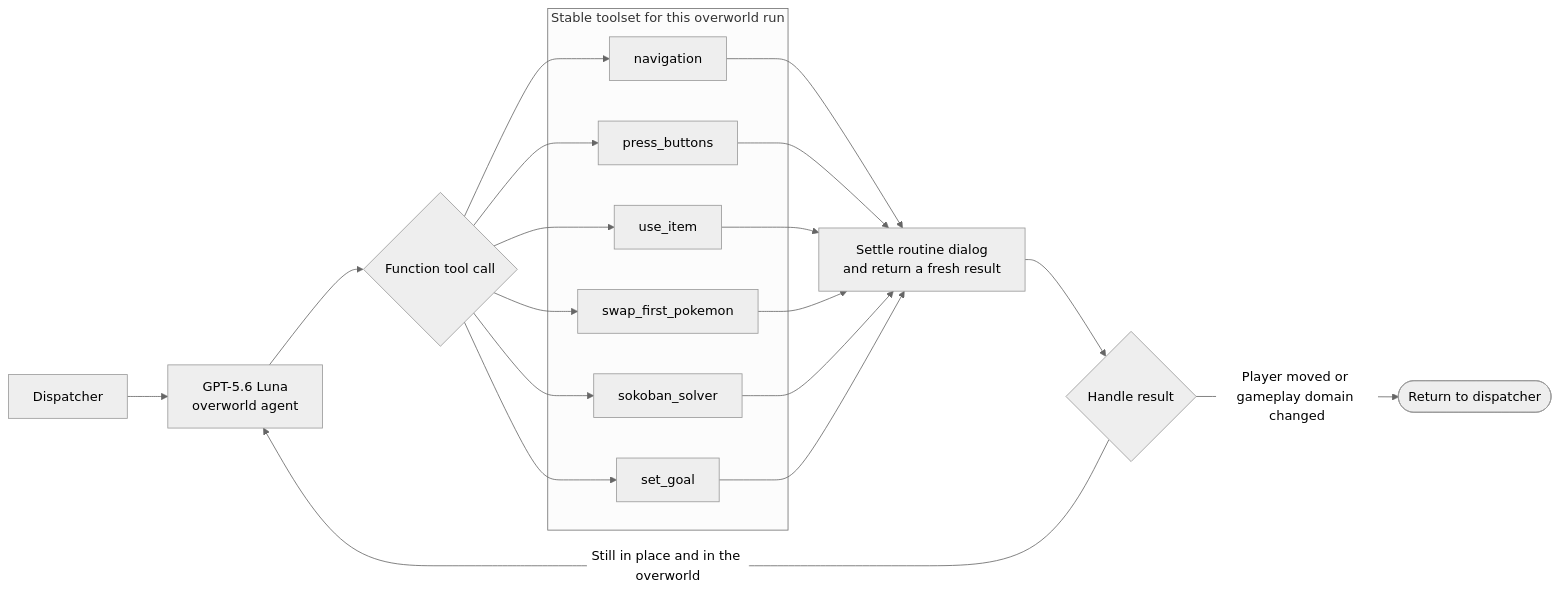
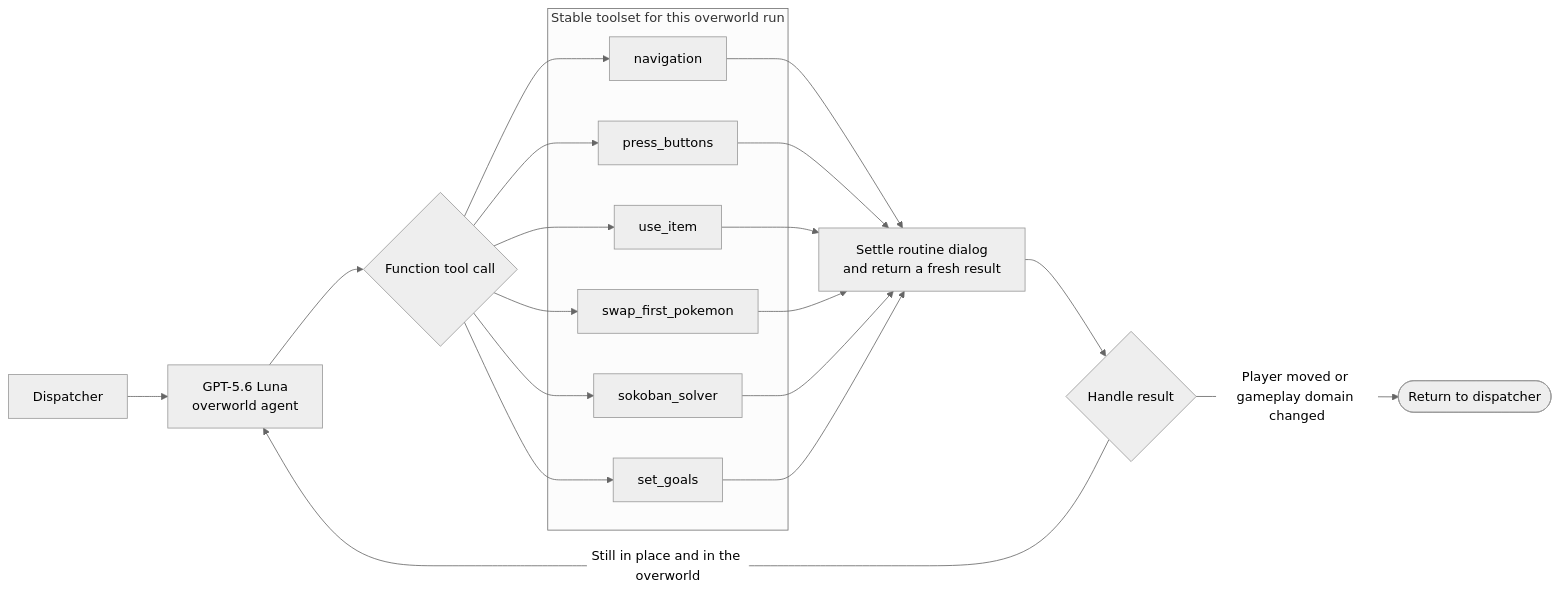
The second of 4 diagrams in docs/workflow.md (clambro/ai-plays-pokemon), drawn with Mermaid (neutral theme) before and after one commit. The commit also changed other lines of this file and 32 other files, not shown here.

````diff
--- a/docs/workflow.md
+++ b/docs/workflow.md
@@ -35,32 +35,32 @@
 ```mermaid
 flowchart LR
     dispatch["Dispatcher"] --> agent["GPT-5.6 Luna<br/>overworld agent"]
     agent --> choice{"Function tool call"}
 
     subgraph toolset["Stable toolset for this overworld run"]
         navigate["navigation"]
         buttons["press_buttons"]
         item["use_item"]
         swap["swap_first_pokemon"]
         sokoban["sokoban_solver"]
-        set_goal["set_goal"]
+        set_goals["set_goals"]
     end
 
     choice --> navigate
     choice --> buttons
     choice --> item
     choice --> swap
     choice --> sokoban
-    choice --> set_goal
+    choice --> set_goals
 
     navigate --> settle["Settle routine dialog<br/>and return a fresh result"]
     buttons --> settle
     item --> settle
     swap --> settle
     sokoban --> settle
-    set_goal --> settle
+    set_goals --> settle
 
     settle --> continue{"Handle result"}
     continue -->|"Still in place and in the overworld"| agent
     continue -->|"Player moved or gameplay domain changed"| finish(["Return to dispatcher"])
 ```
````
